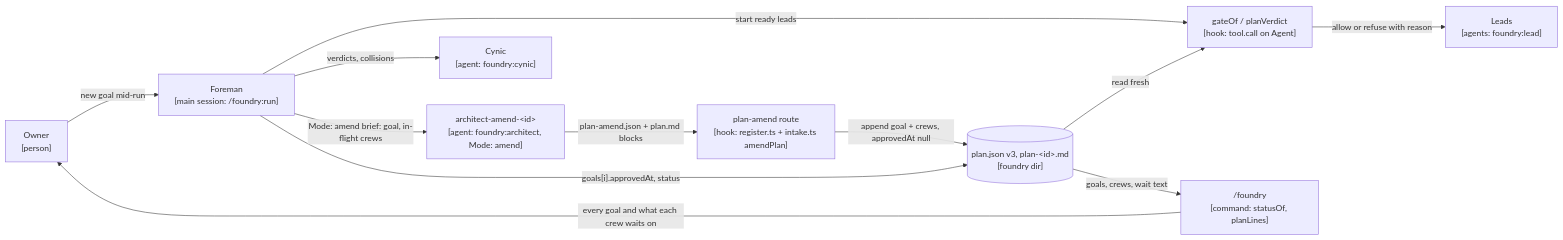
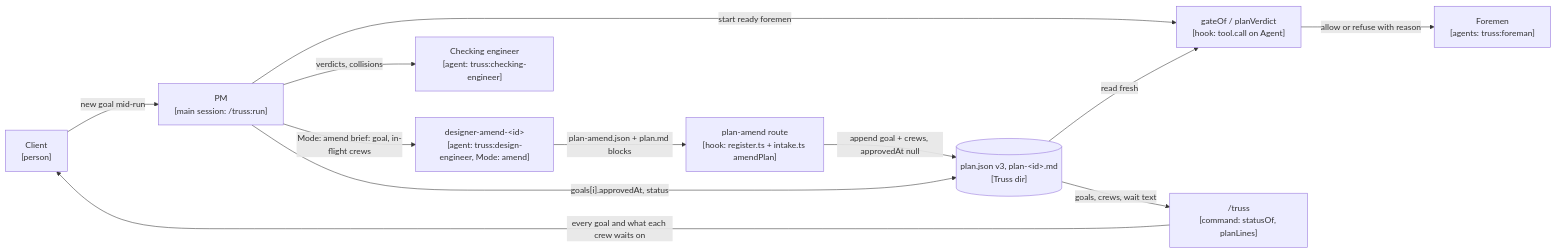
Before and after one commit to AbhiramDwivedi/truss: the first of 2 diagrams in docs/adr/0010-mid-run-intake.md, drawn with Mermaid. The commit also changed other lines of this file and 61 other files, not shown here.

First line of the commit message:
refactor!: rename foundry to Truss (code, prompts, docs)

````diff
--- a/docs/adr/0010-mid-run-intake.md
+++ b/docs/adr/0010-mid-run-intake.md
@@ -143,23 +143,23 @@
 ```mermaid
 flowchart LR
-  owner["Owner<br/>[person]"]
-  foreman["Foreman<br/>[main session: /foundry:run]"]
-  arch["architect-amend-&lt;id&gt;<br/>[agent: foundry:architect, Mode: amend]"]
-  cynic["Cynic<br/>[agent: foundry:cynic]"]
+  client["Client<br/>[person]"]
+  PM["PM<br/>[main session: /truss:run]"]
+  arch["designer-amend-&lt;id&gt;<br/>[agent: truss:design-engineer, Mode: amend]"]
+  checker["Checking engineer<br/>[agent: truss:checking-engineer]"]
   route["plan-amend route<br/>[hook: register.ts + intake.ts amendPlan]"]
-  plan[("plan.json v3, plan-&lt;id&gt;.md<br/>[foundry dir]")]
+  plan[("plan.json v3, plan-&lt;id&gt;.md<br/>[Truss dir]")]
   gate["gateOf / planVerdict<br/>[hook: tool.call on Agent]"]
-  status["/foundry<br/>[command: statusOf, planLines]"]
-  lead["Leads<br/>[agents: foundry:lead]"]
-  owner -->|"new goal mid-run"| foreman
-  foreman -->|"Mode: amend brief: goal, in-flight crews"| arch
+  status["/truss<br/>[command: statusOf, planLines]"]
+  foreman["Foremen<br/>[agents: truss:foreman]"]
+  client -->|"new goal mid-run"| PM
+  PM -->|"Mode: amend brief: goal, in-flight crews"| arch
   arch -->|"plan-amend.json + plan.md blocks"| route
   route -->|"append goal + crews, approvedAt null"| plan
-  foreman -->|"verdicts, collisions"| cynic
-  foreman -->|"goals[i].approvedAt, status"| plan
-  foreman -->|"start ready leads"| gate
+  PM -->|"verdicts, collisions"| checker
+  PM -->|"goals[i].approvedAt, status"| plan
+  PM -->|"start ready foremen"| gate
   plan -->|"read fresh"| gate
-  gate -->|"allow or refuse with reason"| lead
+  gate -->|"allow or refuse with reason"| foreman
   plan -->|"goals, crews, wait text"| status
-  status -->|"every goal and what each crew waits on"| owner
+  status -->|"every goal and what each crew waits on"| client
 ```
````
